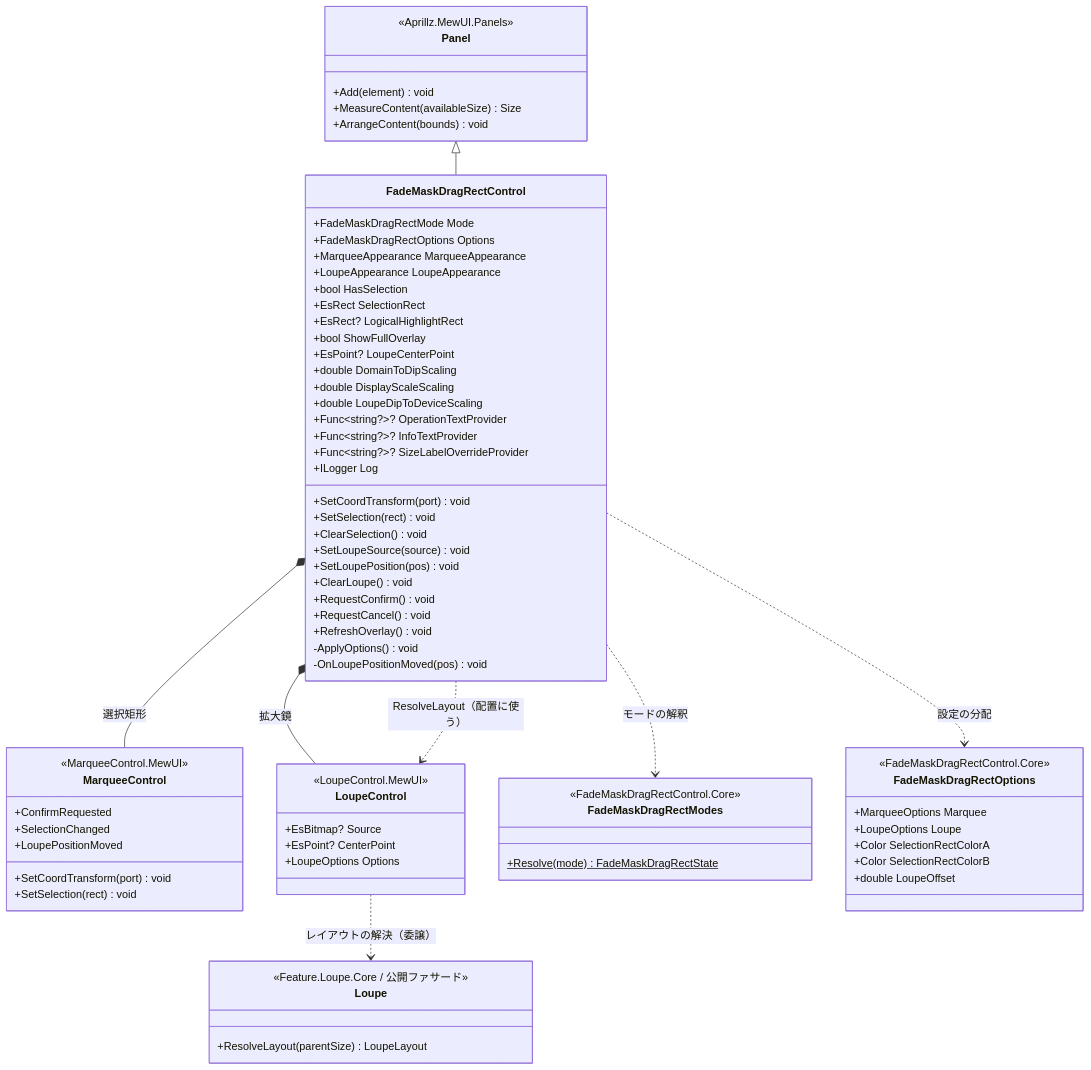
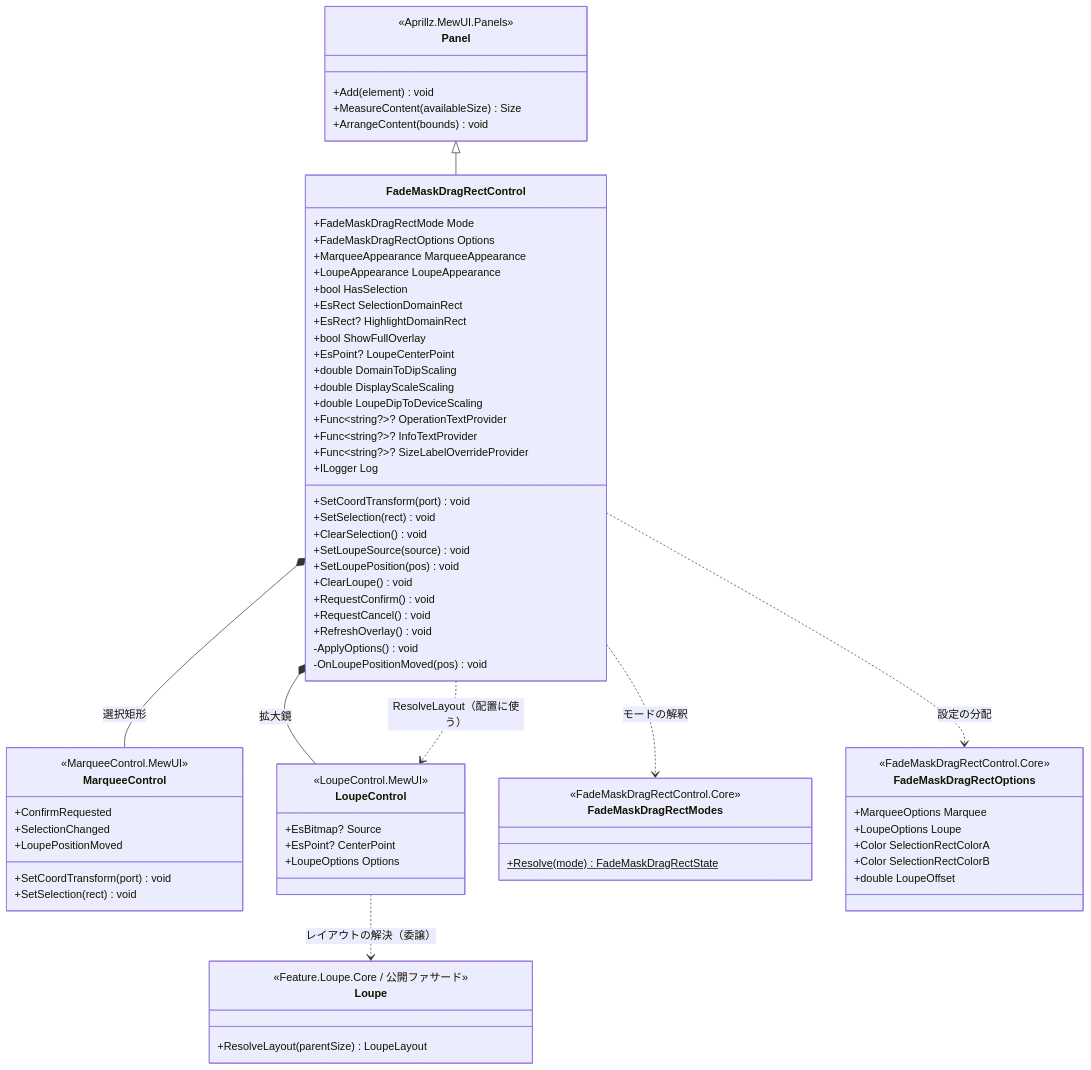
One commit to tomokuni/SaveEvidence changed the first of 4 diagrams in src/FadeMaskDragRectControl.MewUI/SPEC_System.md. Above: the diagram before and after it, drawn with Mermaid. The commit also changed other lines of this file and 106 other files, not shown here.

````diff
--- a/src/FadeMaskDragRectControl.MewUI/SPEC_System.md
+++ b/src/FadeMaskDragRectControl.MewUI/SPEC_System.md
@@ -94,76 +94,76 @@
 ```mermaid
 classDiagram
     class Panel {
         <<Aprillz.MewUI.Panels>>
         +Add(element) void
         +MeasureContent(availableSize) Size
         +ArrangeContent(bounds) void
     }
     class FadeMaskDragRectControl {
         +FadeMaskDragRectMode Mode
         +FadeMaskDragRectOptions Options
         +MarqueeAppearance MarqueeAppearance
         +LoupeAppearance LoupeAppearance
         +bool HasSelection
-        +EsRect SelectionRect
-        +EsRect? LogicalHighlightRect
+        +EsRect SelectionDomainRect
+        +EsRect? HighlightDomainRect
         +bool ShowFullOverlay
         +EsPoint? LoupeCenterPoint
         +double DomainToDipScaling
         +double DisplayScaleScaling
         +double LoupeDipToDeviceScaling
         +Func~string?~? OperationTextProvider
         +Func~string?~? InfoTextProvider
         +Func~string?~? SizeLabelOverrideProvider
         +ILogger Log
         +SetCoordTransform(port) void
         +SetSelection(rect) void
         +ClearSelection() void
         +SetLoupeSource(source) void
         +SetLoupePosition(pos) void
         +ClearLoupe() void
         +RequestConfirm() void
         +RequestCancel() void
         +RefreshOverlay() void
         -ApplyOptions() void
         -OnLoupePositionMoved(pos) void
     }
     class MarqueeControl {
         <<MarqueeControl.MewUI>>
         +SetCoordTransform(port) void
         +SetSelection(rect) void
         +ConfirmRequested
         +SelectionChanged
         +LoupePositionMoved
     }
     class LoupeControl {
         <<LoupeControl.MewUI>>
         +EsBitmap? Source
         +EsPoint? CenterPoint
         +LoupeOptions Options
     }
     class FadeMaskDragRectModes {
         <<FadeMaskDragRectControl.Core>>
         +Resolve(mode)$ FadeMaskDragRectState
     }
     class FadeMaskDragRectOptions {
         <<FadeMaskDragRectControl.Core>>
         +MarqueeOptions Marquee
         +LoupeOptions Loupe
         +Color SelectionRectColorA
         +Color SelectionRectColorB
         +double LoupeOffset
     }
     class Loupe {
         <<Feature.Loupe.Core / 公開ファサード>>
         +ResolveLayout(parentSize) LoupeLayout
     }
 
     Panel <|-- FadeMaskDragRectControl
     FadeMaskDragRectControl *-- MarqueeControl : 選択矩形
     FadeMaskDragRectControl *-- LoupeControl : 拡大鏡
     FadeMaskDragRectControl ..> FadeMaskDragRectModes : モードの解釈
     FadeMaskDragRectControl ..> FadeMaskDragRectOptions : 設定の分配
     LoupeControl ..> Loupe : レイアウトの解決（委譲）
     FadeMaskDragRectControl ..> LoupeControl : ResolveLayout（配置に使う）
 ```
````
